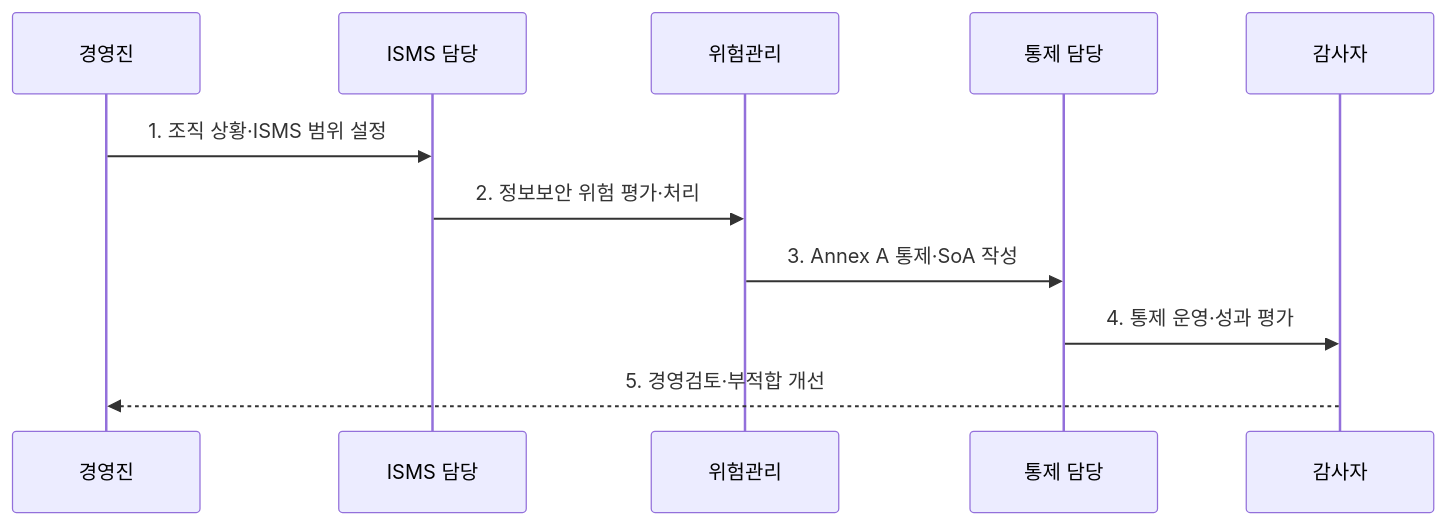
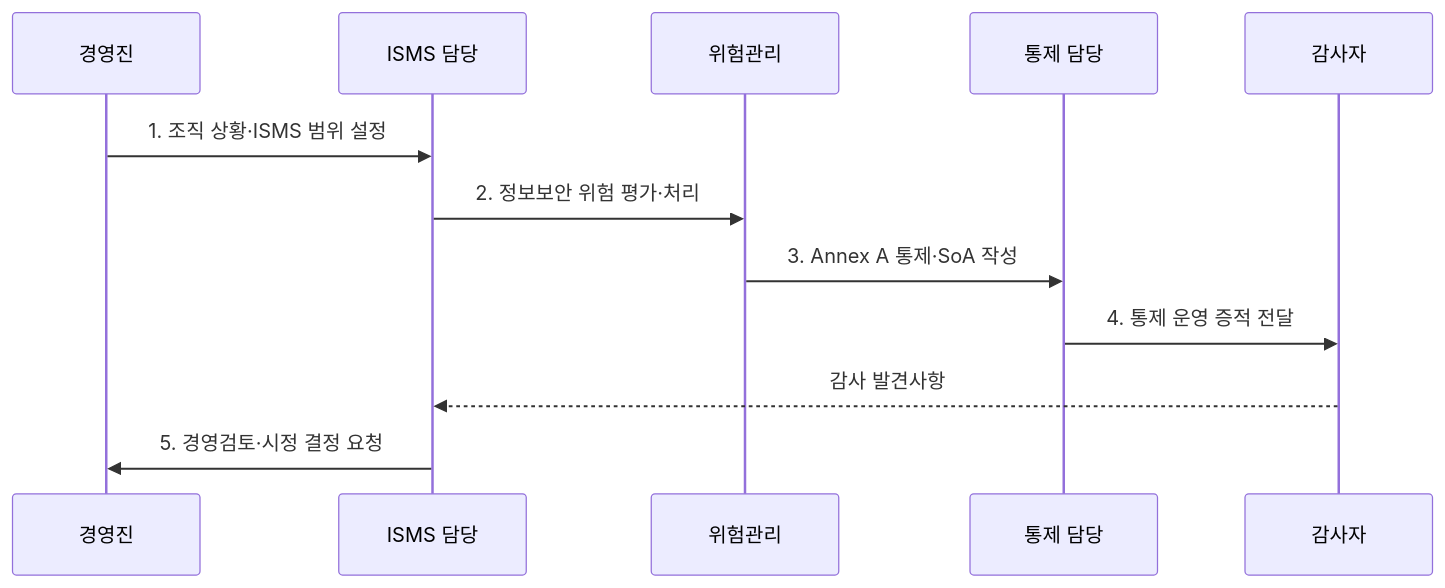
The second of 2 diagrams in src/content/docs/notes/05-security/105_iso_27001.md (agnusdei1207/knowledge-base), drawn with Mermaid before and after one commit. The commit also changed other lines of this file and 20 other files, not shown here.

````diff
--- a/src/content/docs/notes/05-security/105_iso_27001.md
+++ b/src/content/docs/notes/05-security/105_iso_27001.md
@@ -81,13 +82,14 @@
 ```mermaid
 sequenceDiagram
   participant M as 경영진
   participant I as ISMS 담당
   participant R as 위험관리
   participant C as 통제 담당
   participant A as 감사자
   M->>I: 1. 조직 상황·ISMS 범위 설정
   I->>R: 2. 정보보안 위험 평가·처리
   R->>C: 3. Annex A 통제·SoA 작성
-  C->>A: 4. 통제 운영·성과 평가
-  A-->>M: 5. 경영검토·부적합 개선
+  C->>A: 4. 통제 운영 증적 전달
+  A-->>I: 감사 발견사항
+  I->>M: 5. 경영검토·시정 결정 요청
 ```
````
